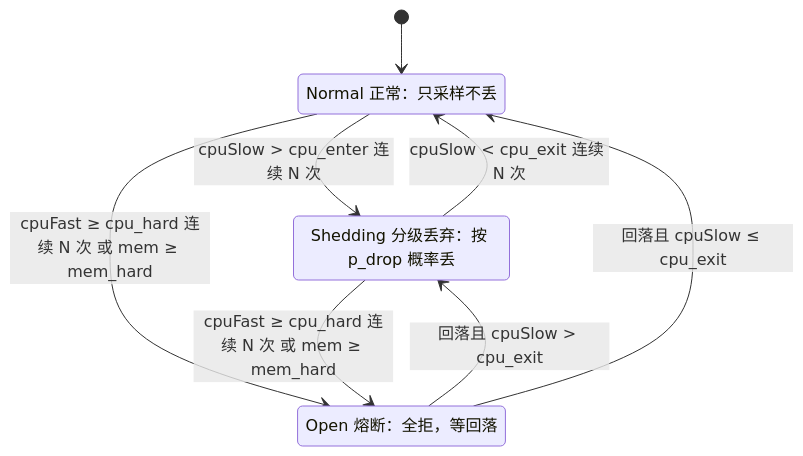
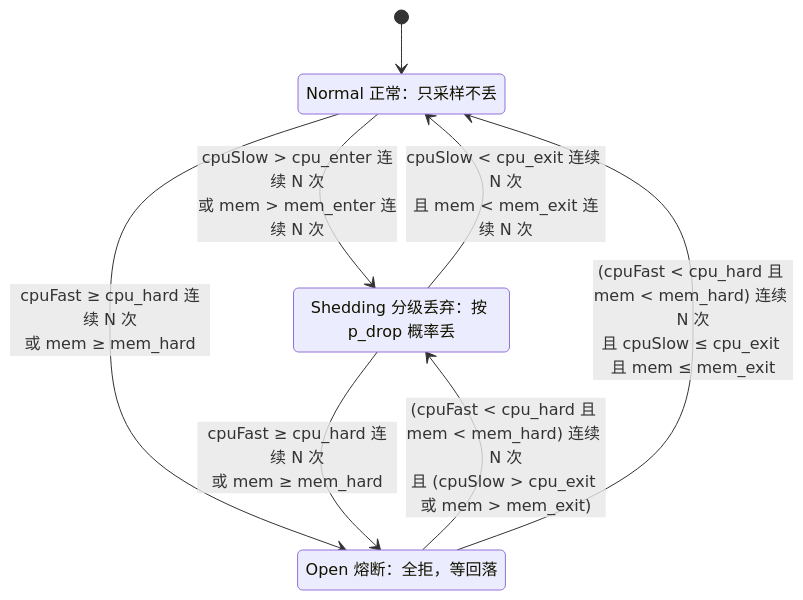
One commit to ZhuoZhuoCrayon/ai-workspace changed the second of 3 diagrams in knowledge/bkmonitor-datalink/issues/2026-06-10-collector-adaptive-throttling/PLAN.md. Above: the diagram before and after it, drawn with Mermaid. The commit also changed other lines of this file, not shown here.

````diff
--- a/knowledge/bkmonitor-datalink/issues/2026-06-10-collector-adaptive-throttling/PLAN.md
+++ b/knowledge/bkmonitor-datalink/issues/2026-06-10-collector-adaptive-throttling/PLAN.md
@@ -108,13 +115,13 @@
 ```mermaid
 stateDiagram-v2
     state "Normal 正常：只采样不丢" as Normal
     state "Shedding 分级丢弃：按 p_drop 概率丢" as Shedding
     state "Open 熔断：全拒，等回落" as Open
     [*] --> Normal
-    Normal --> Shedding: cpuSlow > cpu_enter 连续 N 次
-    Shedding --> Normal: cpuSlow < cpu_exit 连续 N 次
-    Normal --> Open: cpuFast ≥ cpu_hard 连续 N 次 或 mem ≥ mem_hard
-    Shedding --> Open: cpuFast ≥ cpu_hard 连续 N 次 或 mem ≥ mem_hard
-    Open --> Shedding: 回落且 cpuSlow > cpu_exit
-    Open --> Normal: 回落且 cpuSlow ≤ cpu_exit
+    Normal --> Shedding: cpuSlow > cpu_enter 连续 N 次<br />或 mem > mem_enter 连续 N 次
+    Shedding --> Normal: cpuSlow < cpu_exit 连续 N 次<br />且 mem < mem_exit 连续 N 次
+    Normal --> Open: cpuFast ≥ cpu_hard 连续 N 次<br />或 mem ≥ mem_hard
+    Shedding --> Open: cpuFast ≥ cpu_hard 连续 N 次<br />或 mem ≥ mem_hard
+    Open --> Shedding: (cpuFast < cpu_hard 且 mem < mem_hard) 连续 N 次<br />且 (cpuSlow > cpu_exit 或 mem > mem_exit)
+    Open --> Normal: (cpuFast < cpu_hard 且 mem < mem_hard) 连续 N 次<br />且 cpuSlow ≤ cpu_exit 且 mem ≤ mem_exit
 ```
````
